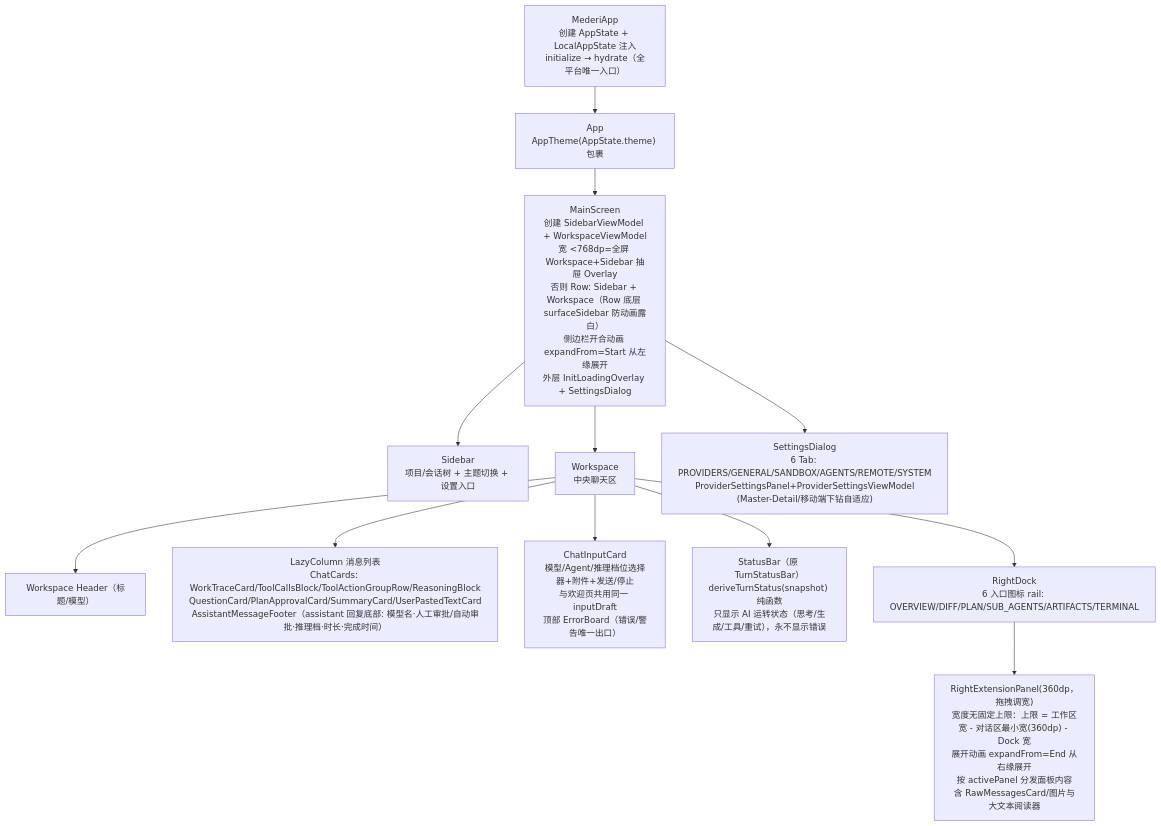
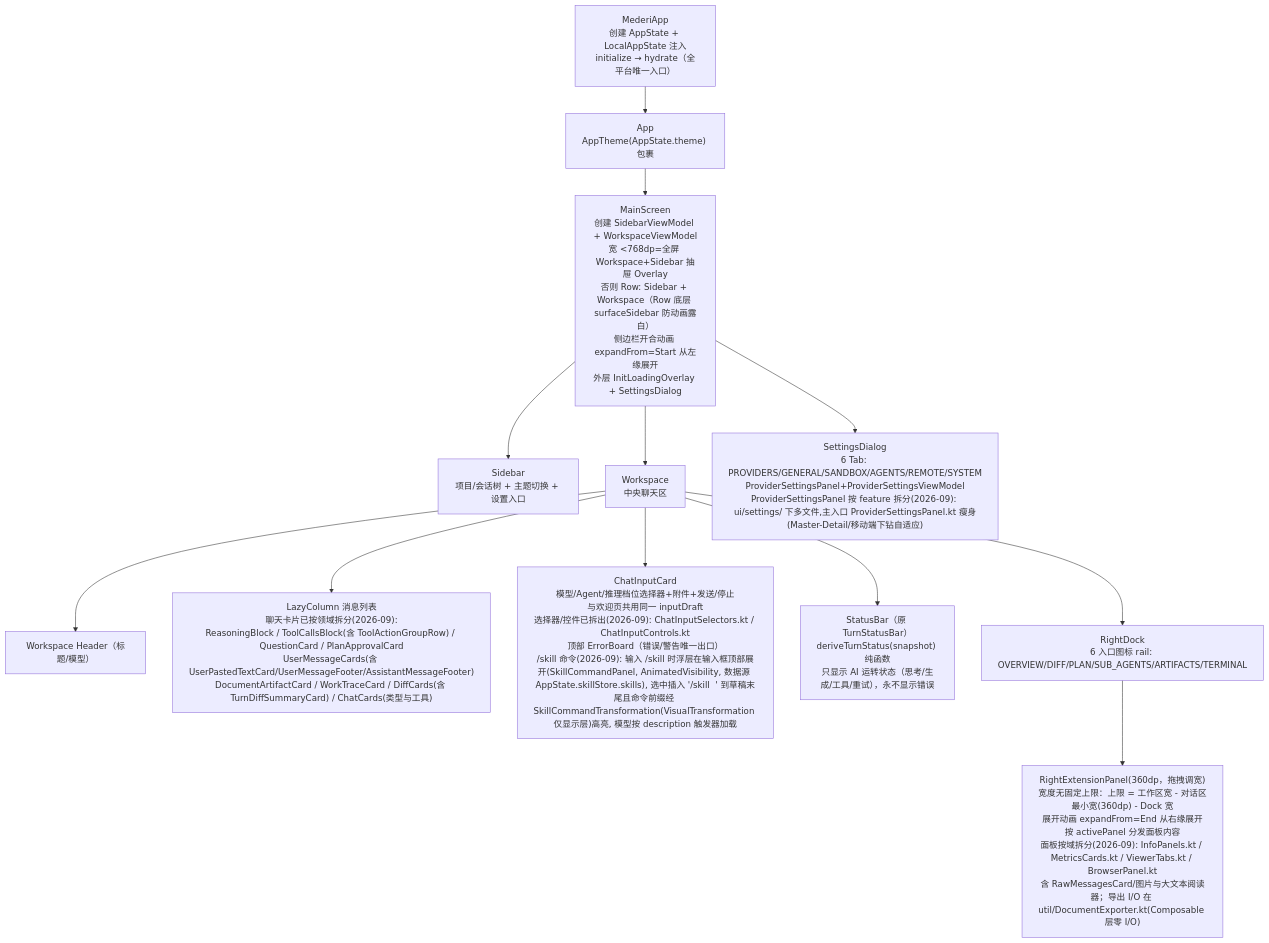
The third of 4 diagrams in mederi/docs/architecture/02-app-shared.md (lzdev42/mederi), drawn with Mermaid before and after one commit. The commit also changed other lines of this file and 113 other files, not shown here.

````diff
--- a/mederi/docs/architecture/02-app-shared.md
+++ b/mederi/docs/architecture/02-app-shared.md
@@ -346,24 +357,24 @@
 ```mermaid
 flowchart TD
     MA["MederiApp<br/>创建 AppState + LocalAppState 注入<br/>initialize → hydrate（全平台唯一入口）"]
     APP["App<br/>AppTheme(AppState.theme) 包裹"]
     MS["MainScreen<br/>创建 SidebarViewModel + WorkspaceViewModel<br/>宽 <768dp=全屏 Workspace+Sidebar 抽屉 Overlay<br/>否则 Row: Sidebar + Workspace（Row 底层 surfaceSidebar 防动画露白）<br/>侧边栏开合动画 expandFrom=Start 从左缘展开<br/>外层 InitLoadingOverlay + SettingsDialog"]
     SB["Sidebar<br/>项目/会话树 + 主题切换 + 设置入口"]
     WS["Workspace<br/>中央聊天区"]
     HDR["Workspace Header（标题/模型）"]
-    LIST["LazyColumn 消息列表<br/>ChatCards: WorkTraceCard/ToolCallsBlock/ToolActionGroupRow/ReasoningBlock<br/>QuestionCard/PlanApprovalCard/SummaryCard/UserPastedTextCard<br/>AssistantMessageFooter（assistant 回复底部: 模型名·人工审批/自动审批·推理档·时长·完成时间）"]
-    INPUT["ChatInputCard<br/>模型/Agent/推理档位选择器+附件+发送/停止<br/>与欢迎页共用同一 inputDraft<br/>顶部 ErrorBoard（错误/警告唯一出口）"]
+    LIST["LazyColumn 消息列表<br/>聊天卡片已按领域拆分(2026-09):<br/>ReasoningBlock / ToolCallsBlock(含 ToolActionGroupRow) / QuestionCard / PlanApprovalCard<br/>UserMessageCards(含 UserPastedTextCard/UserMessageFooter/AssistantMessageFooter)<br/>DocumentArtifactCard / WorkTraceCard / DiffCards(含 TurnDiffSummaryCard) / ChatCards(类型与工具)"]
+    INPUT["ChatInputCard<br/>模型/Agent/推理档位选择器+附件+发送/停止<br/>与欢迎页共用同一 inputDraft<br/>选择器/控件已拆出(2026-09): ChatInputSelectors.kt / ChatInputControls.kt<br/>顶部 ErrorBoard（错误/警告唯一出口）<br/>/skill 命令(2026-09): 输入 /skill 时浮层在输入框顶部展开(SkillCommandPanel, AnimatedVisibility, 数据源 AppState.skillStore.skills), 选中插入 '/skill <name> ' 到草稿末尾且命令前缀经 SkillCommandTransformation(VisualTransformation 仅显示层)高亮, 模型按 description 触发器加载"]
     SBAR["StatusBar（原 TurnStatusBar）<br/>deriveTurnStatus(snapshot) 纯函数<br/>只显示 AI 运转状态（思考/生成/工具/重试），永不显示错误"]
     DOCK["RightDock<br/>6 入口图标 rail: OVERVIEW/DIFF/PLAN/SUB_AGENTS/ARTIFACTS/TERMINAL"]
-    REP["RightExtensionPanel(360dp，拖拽调宽)<br/>宽度无固定上限：上限 = 工作区宽 - 对话区最小宽(360dp) - Dock 宽<br/>展开动画 expandFrom=End 从右缘展开<br/>按 activePanel 分发面板内容<br/>含 RawMessagesCard/图片与大文本阅读器"]
-    SD["SettingsDialog<br/>6 Tab: PROVIDERS/GENERAL/SANDBOX/AGENTS/REMOTE/SYSTEM<br/>ProviderSettingsPanel+ProviderSettingsViewModel<br/>(Master-Detail/移动端下钻自适应)"]
+    REP["RightExtensionPanel(360dp，拖拽调宽)<br/>宽度无固定上限：上限 = 工作区宽 - 对话区最小宽(360dp) - Dock 宽<br/>展开动画 expandFrom=End 从右缘展开<br/>按 activePanel 分发面板内容<br/>面板按域拆分(2026-09): InfoPanels.kt / MetricsCards.kt / ViewerTabs.kt / BrowserPanel.kt<br/>含 RawMessagesCard/图片与大文本阅读器；导出 I/O 在 util/DocumentExporter.kt(Composable 层零 I/O)"]
+    SD["SettingsDialog<br/>6 Tab: PROVIDERS/GENERAL/SANDBOX/AGENTS/REMOTE/SYSTEM<br/>ProviderSettingsPanel+ProviderSettingsViewModel<br/>ProviderSettingsPanel 按 feature 拆分(2026-09): ui/settings/ 下多文件,主入口 ProviderSettingsPanel.kt 瘦身<br/>(Master-Detail/移动端下钻自适应)"]
     MA --> APP --> MS
     MS --> SB
     MS --> WS
     WS --> HDR
     WS --> LIST
     WS --> INPUT
     WS --> SBAR
     WS --> DOCK --> REP
     MS --> SD
 ```
````
